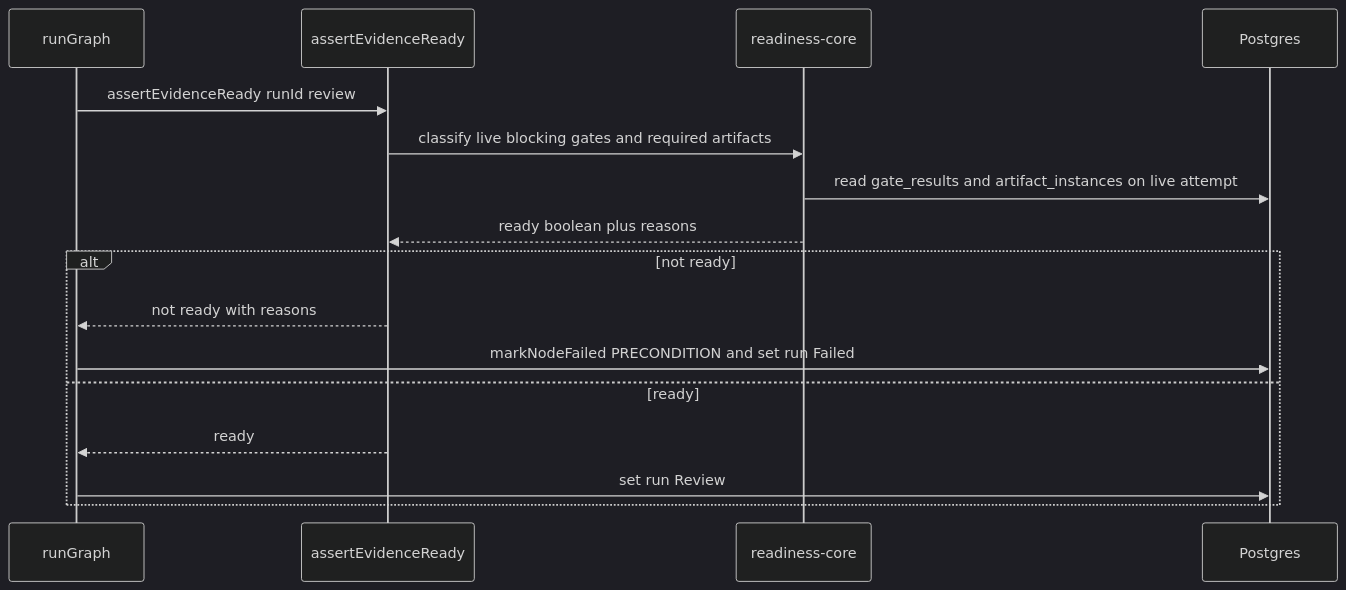
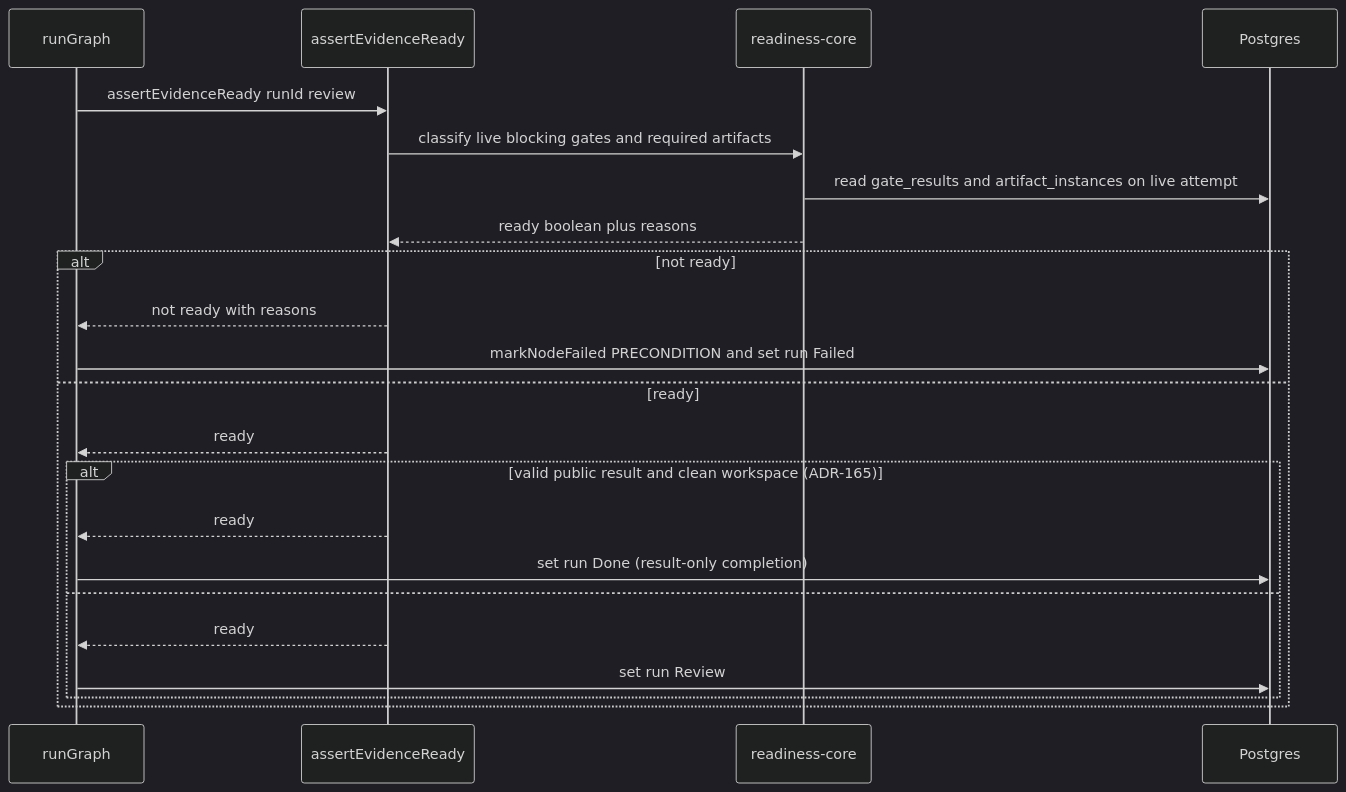
Before and after one commit to maister-dev/maister: the third of 3 diagrams in docs/system-analytics/readiness.md, drawn with Mermaid (dark theme). The commit also changed other lines of this file and 26 other files, not shown here.

````diff
--- a/docs/system-analytics/readiness.md
+++ b/docs/system-analytics/readiness.md
@@ -174,18 +174,24 @@
 ```mermaid
 sequenceDiagram
     participant R as runGraph
     participant Ev as assertEvidenceReady
     participant C as readiness-core
     participant DB as Postgres
     R->>Ev: assertEvidenceReady runId review
     Ev->>C: classify live blocking gates and required artifacts
     C->>DB: read gate_results and artifact_instances on live attempt
     C-->>Ev: ready boolean plus reasons
     alt not ready
         Ev-->>R: not ready with reasons
         R->>DB: markNodeFailed PRECONDITION and set run Failed
     else ready
         Ev-->>R: ready
-        R->>DB: set run Review
+        alt valid public result and clean workspace (ADR-165)
+            Ev-->>R: ready
+            R->>DB: set run Done (result-only completion)
+        else
+            Ev-->>R: ready
+            R->>DB: set run Review
+        end
     end
 ```
````
